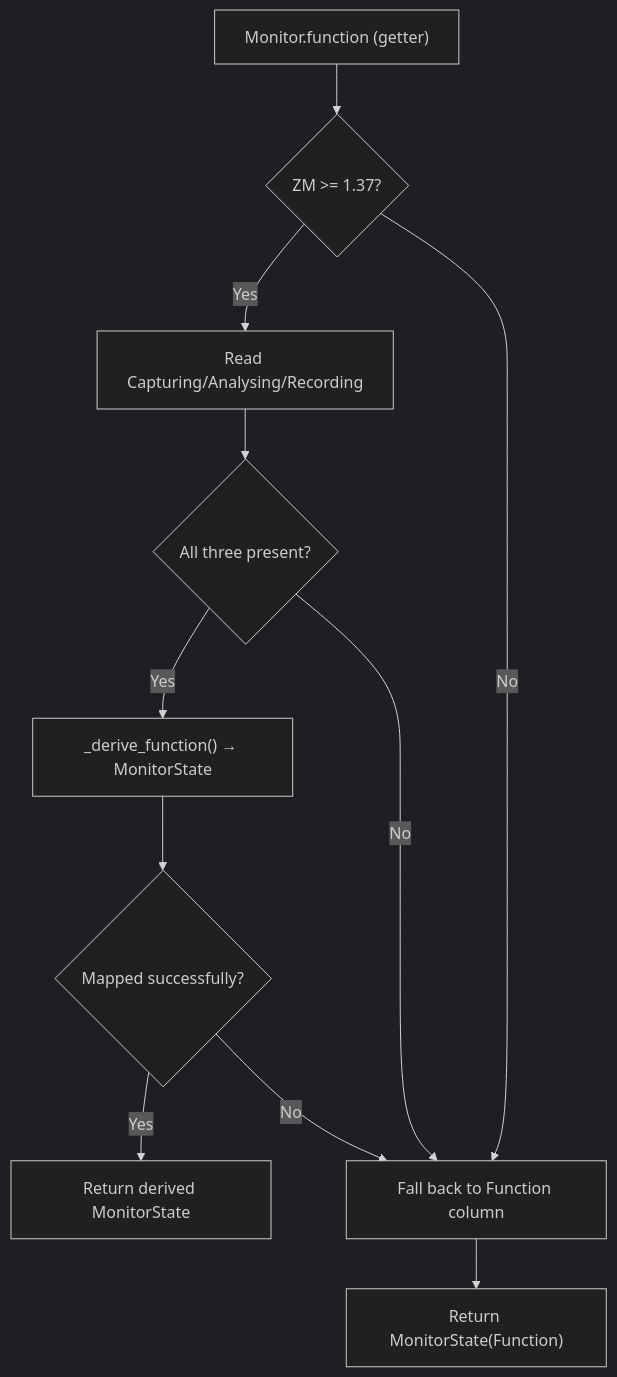
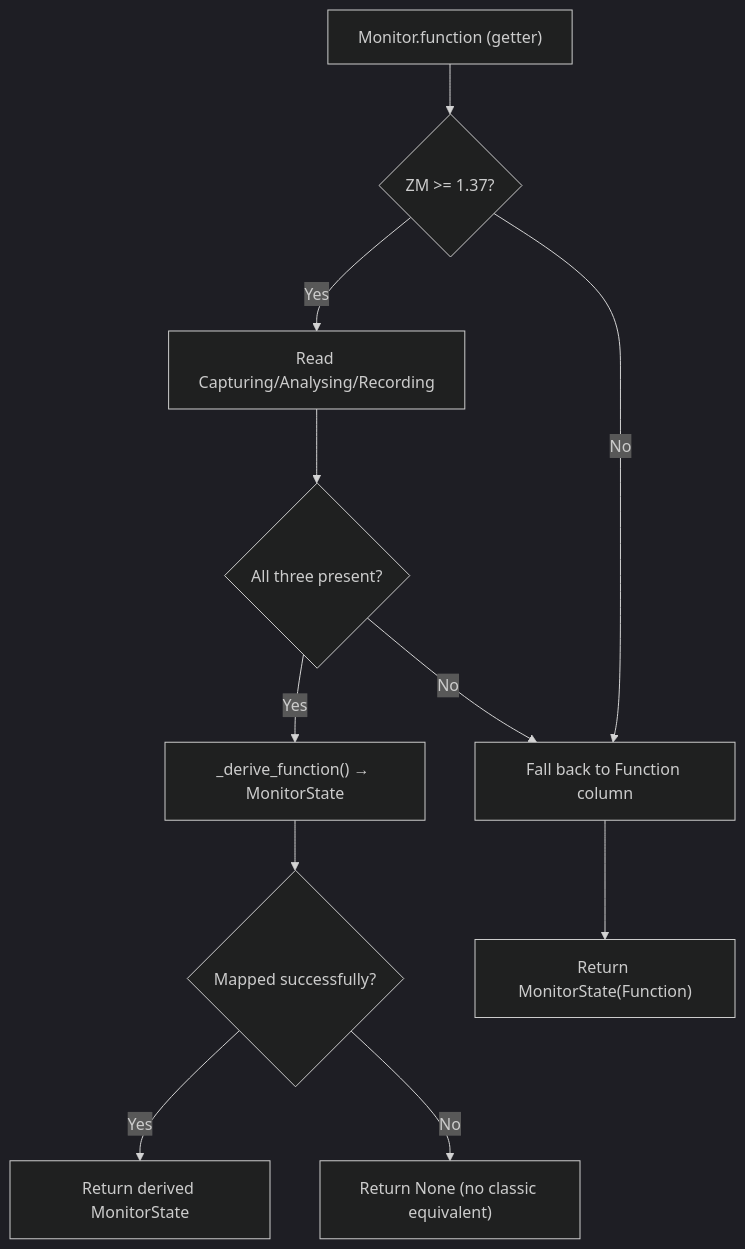
The fourth of 5 diagrams in docs/architecture.md (rohankapoorcom/zm-py), drawn with Mermaid (dark theme) before and after one commit. The commit also changed 3 other files, not shown here.

First line of the commit message:
fix: return None for 1.37+ monitor states with no classic Function

````diff
--- a/docs/architecture.md
+++ b/docs/architecture.md
@@ -84,13 +84,13 @@
 ```mermaid
 flowchart TD
     A["Monitor.function (getter)"] --> B{"ZM >= 1.37?"}
     B -->|Yes| C["Read Capturing/Analysing/Recording"]
     C --> D{"All three present?"}
     D -->|Yes| E["_derive_function() → MonitorState"]
     D -->|No| F["Fall back to Function column"]
     E --> G{"Mapped successfully?"}
     G -->|Yes| H["Return derived MonitorState"]
-    G -->|No| F
+    G -->|No| N["Return None (no classic equivalent)"]
     B -->|No| F
     F --> I["Return MonitorState(Function)"]
 ```
````
